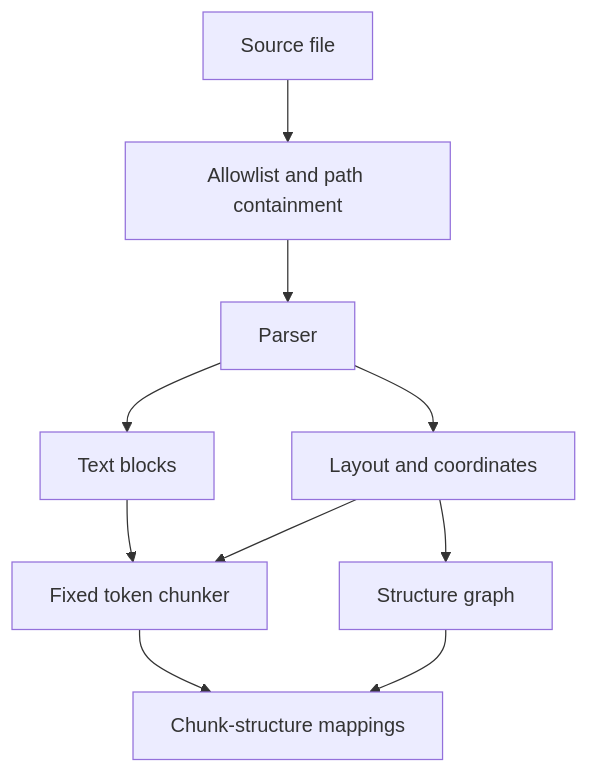
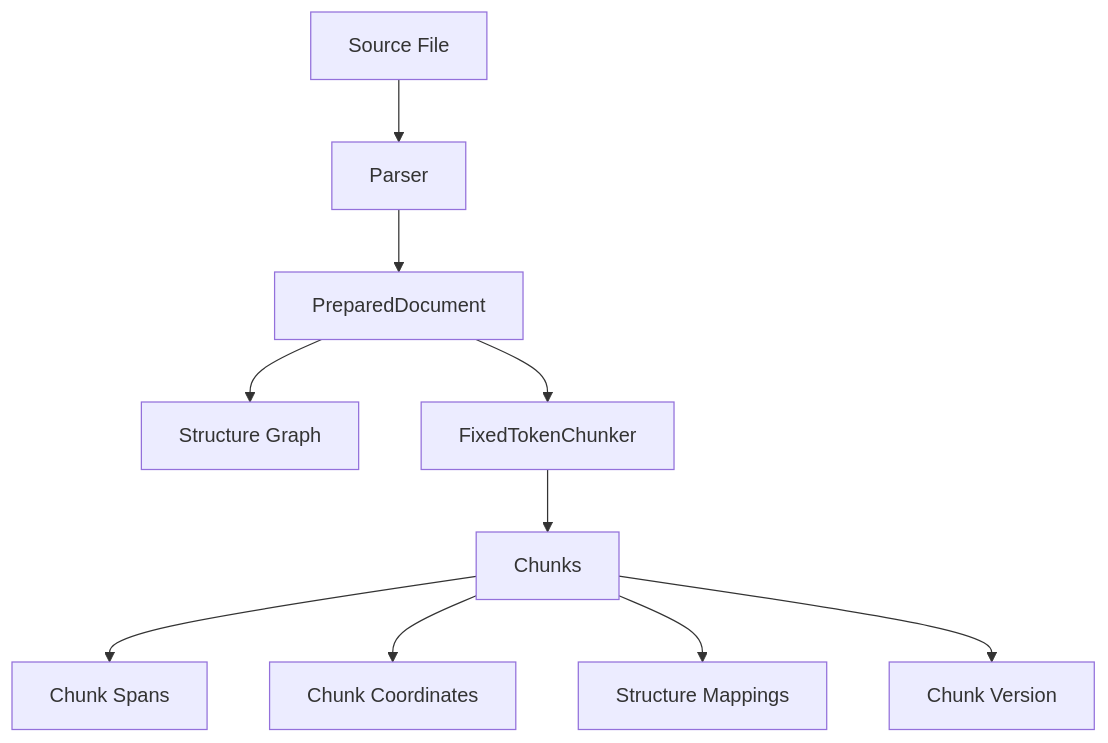
One commit to Sggggt/SymboGraph changed the fourth of 9 diagrams in docs/technical-spec.md. Above: the diagram before and after it, drawn with Mermaid. The commit also changed other lines of this file, not shown here.

````diff
--- a/docs/technical-spec.md
+++ b/docs/technical-spec.md
@@ -231,12 +537,12 @@
 ```mermaid
 flowchart TB
-    SF["Source file"] --> VAL["Allowlist and path containment"]
-    VAL --> PX["Parser"]
-    PX --> LO["Layout and coordinates"]
-    PX --> TX["Text blocks"]
-    LO --> SG["Structure graph"]
-    TX --> CK["Fixed token chunker"]
-    LO --> CK
-    CK --> CM["Chunk-structure mappings"]
-    SG --> CM
+    SF["Source File"] --> P["Parser"]
+    P --> PD["PreparedDocument"]
+    PD --> SG["Structure Graph"]
+    PD --> CK["FixedTokenChunker"]
+    CK --> CH["Chunks"]
+    CH --> SP["Chunk Spans"]
+    CH --> CO["Chunk Coordinates"]
+    CH --> MP["Structure Mappings"]
+    CH --> CV["Chunk Version"]
 ```
````
